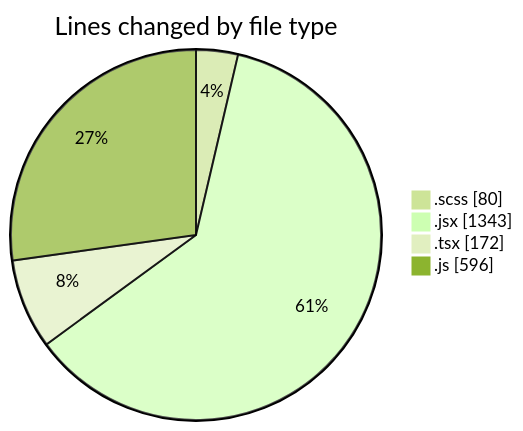
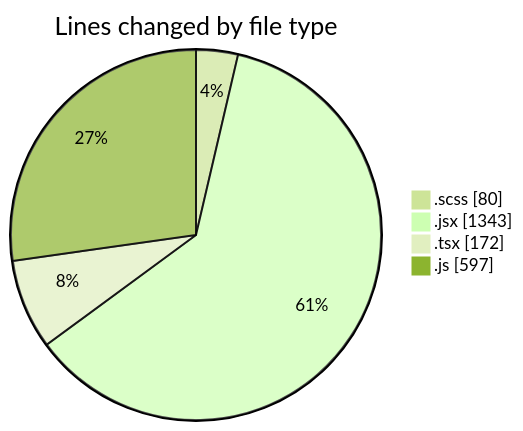
One commit to momahboobian/code-tracking changed the first of 2 diagrams in 2025-06-03/cda/README.md. Above: the diagram before and after it, drawn with Mermaid (forest theme). The commit also changed other lines of this file and 1 other file, not shown here.

````diff
--- a/2025-06-03/cda/README.md
+++ b/2025-06-03/cda/README.md
@@ -25,8 +25,8 @@
 ```mermaid
 pie showData
 title Lines changed by file type
 ".scss" : 80
 ".jsx" : 1343
 ".tsx" : 172
-".js" : 596
+".js" : 597
 ```
````
